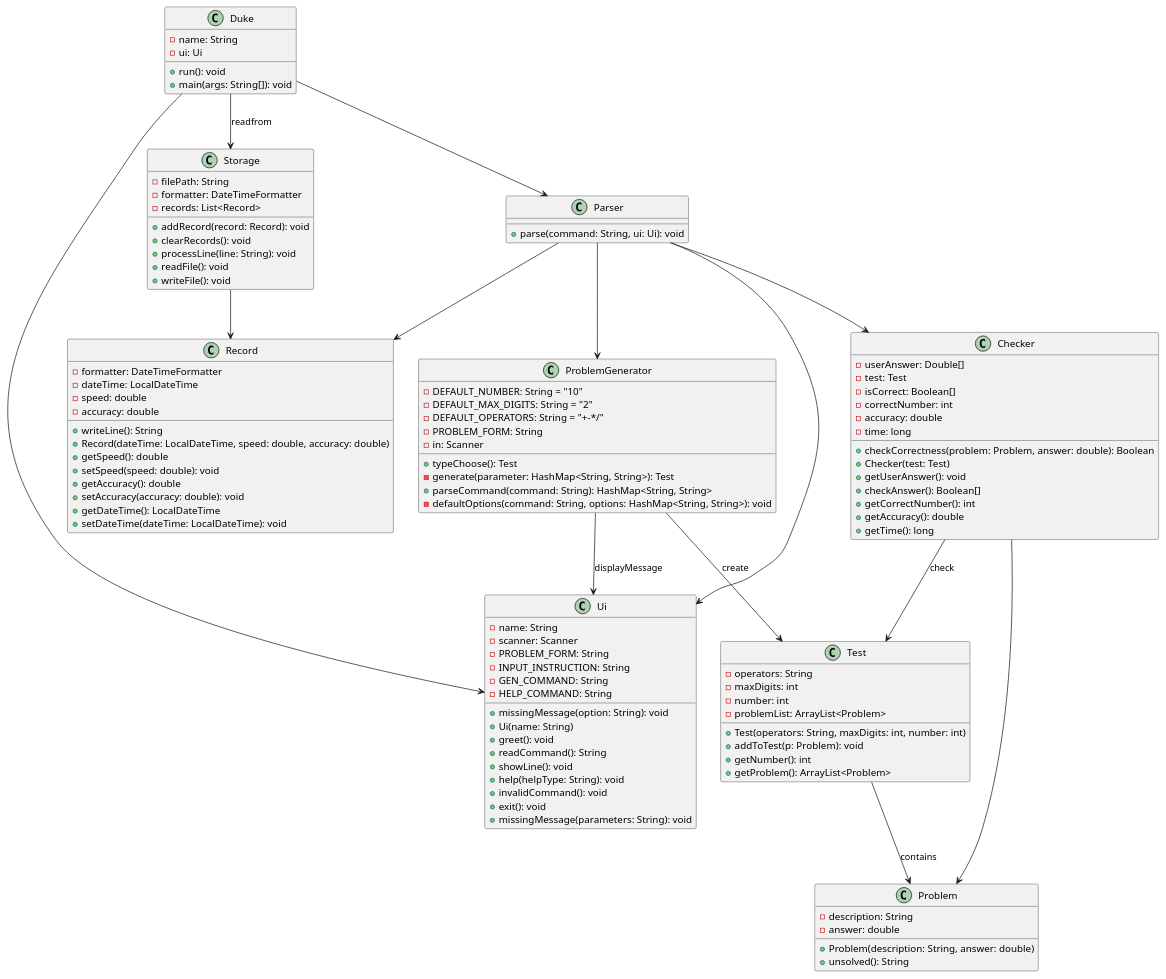
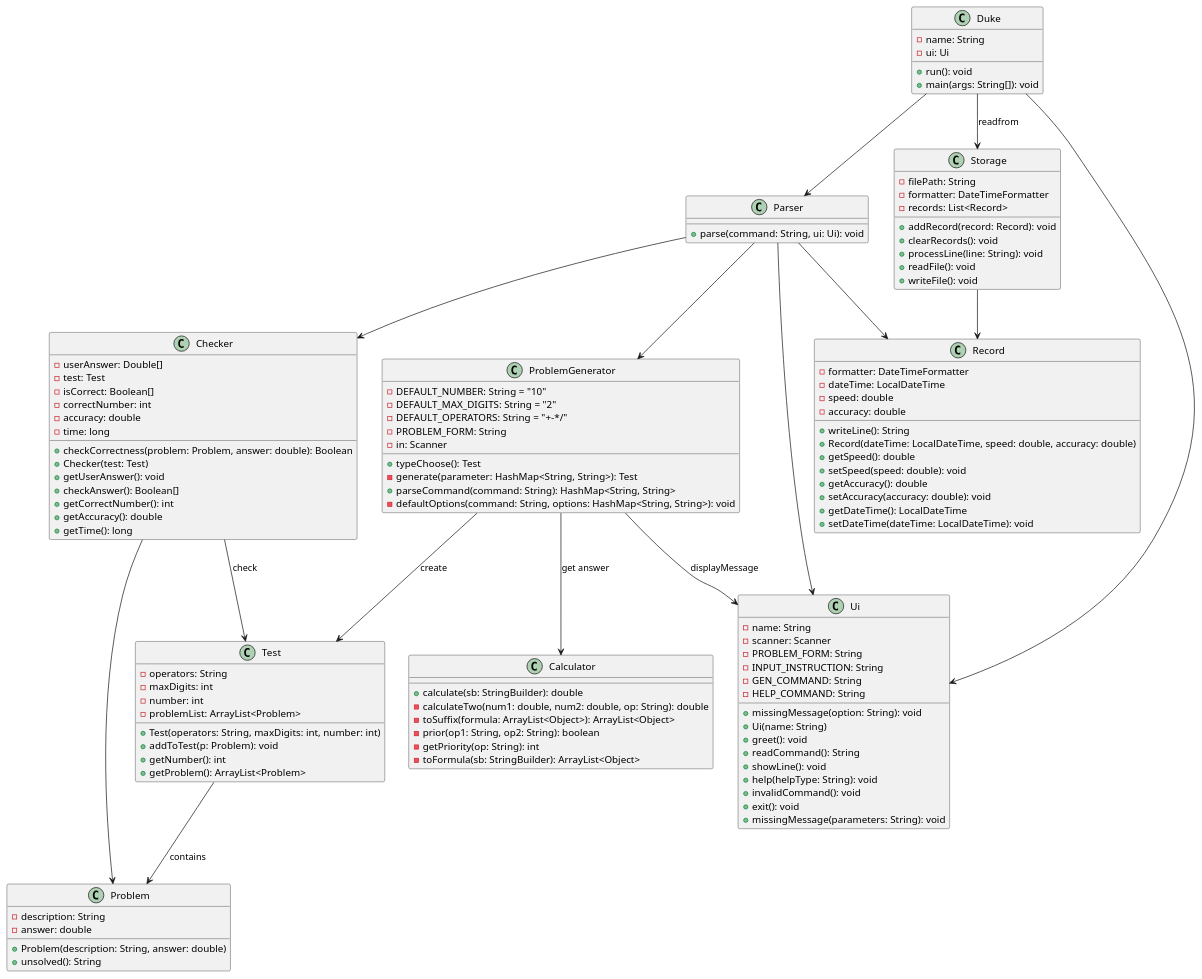
Before and after one commit to AY2324S2-CS2113-T13-1/tp: the diagram in src/main/java/seedu/duke/mathGenius.puml, drawn with PlantUML. The commit also changed 3 other files, not shown here.

Commit message:
修改了我的部分的DG， 修改了UML类图 Modified my part of the DG, modified the UML class diagram

```diff
--- a/src/main/java/seedu/duke/mathGenius.puml
+++ b/src/main/java/seedu/duke/mathGenius.puml
@@ -1,122 +1,135 @@
 @startuml
 
 
     class ProblemGenerator {
         -DEFAULT_NUMBER: String = "10"
         -DEFAULT_MAX_DIGITS: String = "2"
         -DEFAULT_OPERATORS: String = "+-*/"
         -PROBLEM_FORM: String
         -in: Scanner
         +typeChoose(): Test
         -generate(parameter: HashMap<String, String>): Test
         +parseCommand(command: String): HashMap<String, String>
         -defaultOptions(command: String, options: HashMap<String, String>): void
     }
 
     class Test {
             -operators: String
             -maxDigits: int
             -number: int
             -problemList: ArrayList<Problem>
             +Test(operators: String, maxDigits: int, number: int)
             +addToTest(p: Problem): void
             +getNumber(): int
             +getProblem(): ArrayList<Problem>
         }
 
     class Problem {
         -description: String
         -answer: double
         +Problem(description: String, answer: double)
         +unsolved(): String
     }
 
     class Ui {
         +missingMessage(option: String): void
     }
 
     class Checker {
         -userAnswer: Double[]
         -test: Test
         -isCorrect: Boolean[]
         -correctNumber: int
         -accuracy: double
         -time: long
         +checkCorrectness(problem: Problem, answer: double): Boolean
         +Checker(test: Test)
         +getUserAnswer(): void
         +checkAnswer(): Boolean[]
         +getCorrectNumber(): int
         +getAccuracy(): double
         +getTime(): long
     }
     class Parser {
         +parse(command: String, ui: Ui): void
     }
     class Duke {
         -name: String
         -ui: Ui
         +run(): void
         +main(args: String[]): void
     }
 
 
     class Storage {
         -filePath: String
         -formatter: DateTimeFormatter
         -records: List<Record>
         +addRecord(record: Record): void
         +clearRecords(): void
         +processLine(line: String): void
         +readFile(): void
         +writeFile(): void
     }
 
     class Ui {
         -name: String
         -scanner: Scanner
         -PROBLEM_FORM: String
         -INPUT_INSTRUCTION: String
         -GEN_COMMAND: String
         -HELP_COMMAND: String
         +Ui(name: String)
         +greet(): void
         +readCommand(): String
         +showLine(): void
         +help(helpType: String): void
         +invalidCommand(): void
         +exit(): void
         +missingMessage(parameters: String): void
     }
     class Record {
         -formatter: DateTimeFormatter
         -dateTime: LocalDateTime
         -speed: double
         -accuracy: double
         +writeLine(): String
         +Record(dateTime: LocalDateTime, speed: double, accuracy: double)
         +getSpeed(): double
         +setSpeed(speed: double): void
         +getAccuracy(): double
         +setAccuracy(accuracy: double): void
         +getDateTime(): LocalDateTime
         +setDateTime(dateTime: LocalDateTime): void
     }
 
 
+    class Calculator {
+        + calculate(sb: StringBuilder): double
+        - calculateTwo(num1: double, num2: double, op: String): double
+        - toSuffix(formula: ArrayList<Object>): ArrayList<Object>
+        - prior(op1: String, op2: String): boolean
+        - getPriority(op: String): int
+        - toFormula(sb: StringBuilder): ArrayList<Object>
+    }
+
+
+
+
+
 Test --> Problem: contains
 ProblemGenerator --> Test: create
 
 ProblemGenerator --> Ui: displayMessage
 Checker --> Test :check
 Checker --> Problem
 Parser --> Ui
 Parser --> ProblemGenerator
 Storage --> Record
 Parser --> Record
 Parser --> Checker
 Duke --> Ui
 Duke --> Parser
-
+ProblemGenerator --> Calculator: get answer
 Duke --> Storage:readfrom
 @enduml
```
